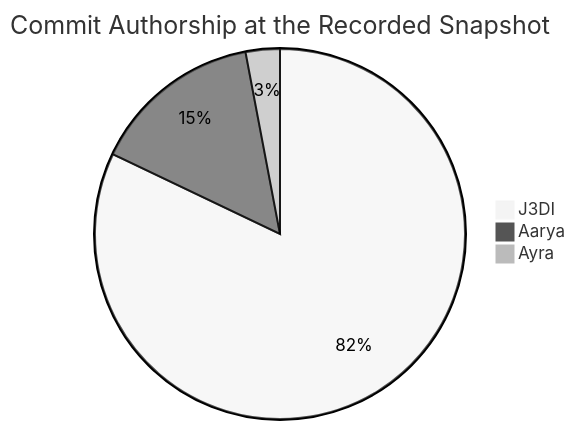
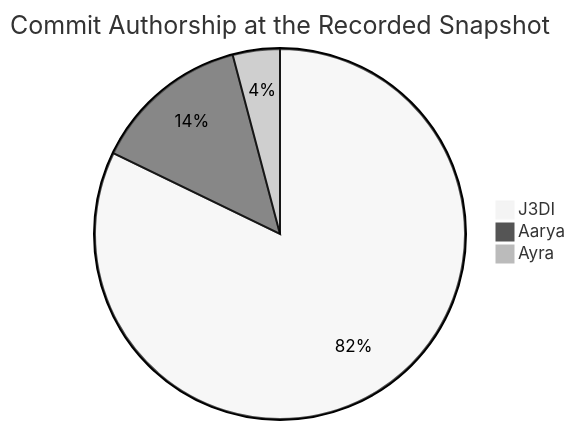
The diagram in docs/Contributions.md (J3DI-19/TraceVeil), drawn with Mermaid (neutral theme) before and after one commit. The commit also changed other lines of this file and 2 other files, not shown here.

Commit message:
Update roadmap and completion records

````diff
--- a/docs/Contributions.md
+++ b/docs/Contributions.md
@@ -12,6 +12,6 @@
 ```mermaid
 pie title Commit Authorship at the Recorded Snapshot
-    "J3DI" : 55
+    "J3DI" : 60
     "Aarya" : 10
-    "Ayra" : 2
+    "Ayra" : 3
 ```
````
